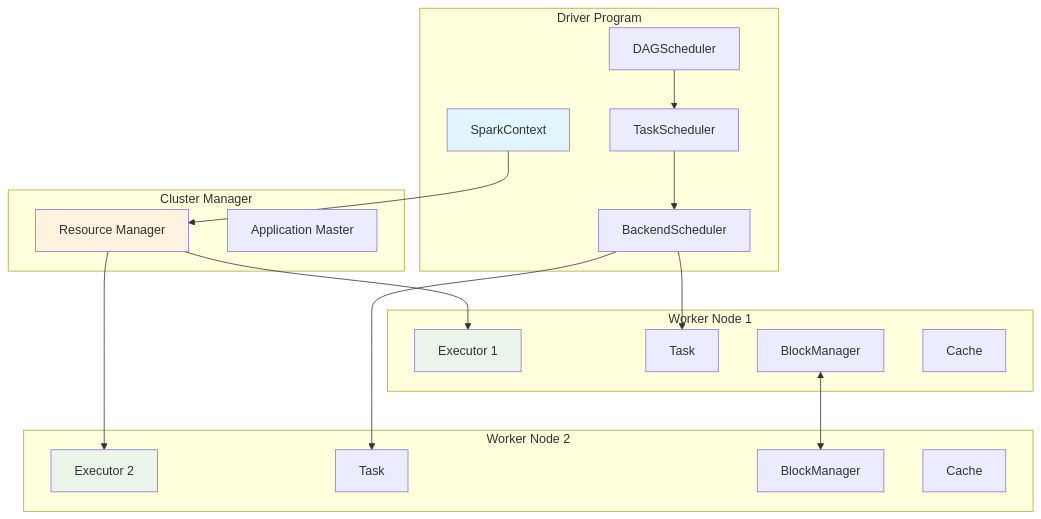
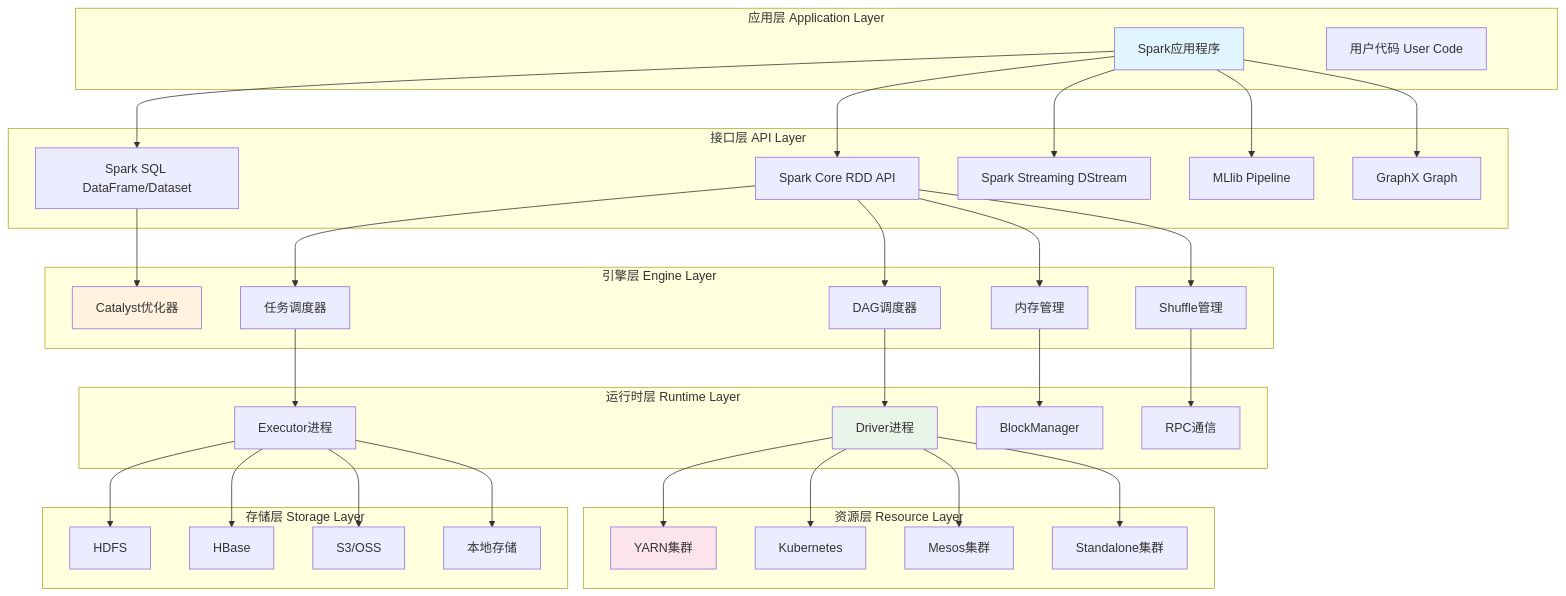
Before and after one commit to ralph-wren/TechStack-Handbook: the sixth of 45 diagrams in 12.spark.md, drawn with Mermaid. The commit also changed other lines of this file, not shown here.

First line of the commit message:
docs(12.spark.md): 重构Spark文档结构，扩充核心内容与章节

````diff
--- a/12.spark.md
+++ b/12.spark.md
@@ -922,42 +652,76 @@
 ```mermaid
 graph TB
-    subgraph "Driver Program"
-        A[SparkContext]
-        A1[DAGScheduler]
-        A2[TaskScheduler]
-        A3[BackendScheduler]
+    subgraph "应用层 Application Layer"
+        A1[Spark应用程序]
+        A2[用户代码 User Code]
     end
     
-    subgraph "Cluster Manager"
-        B[Resource Manager]
-        B1[Application Master]
+    subgraph "接口层 API Layer"
+        B1[Spark Core RDD API]
+        B2[Spark SQL DataFrame/Dataset]
+        B3[Spark Streaming DStream]
+        B4[MLlib Pipeline]
+        B5[GraphX Graph]
     end
     
-    subgraph "Worker Node 1"
-        C[Executor 1]
-        C1[Task]
-        C2[BlockManager]
-        C3[Cache]
+    subgraph "引擎层 Engine Layer"
+        C1[Catalyst优化器]
+        C2[DAG调度器]
+        C3[任务调度器]
+        C4[内存管理]
+        C5[Shuffle管理]
     end
     
-    subgraph "Worker Node 2"
-        D[Executor 2]
-        D1[Task]
-        D2[BlockManager] 
-        D3[Cache]
+    subgraph "运行时层 Runtime Layer"
+        D1[Driver进程]
+        D2[Executor进程]
+        D3[BlockManager]
+        D4[RPC通信]
     end
     
-    A --> B
-    B --> C
-    B --> D
-    A1 --> A2
-    A2 --> A3
-    A3 --> C1
-    A3 --> D1
-    C2 <--> D2
+    subgraph "资源层 Resource Layer"
+        E1[YARN集群]
+        E2[Kubernetes]
+        E3[Mesos集群]
+        E4[Standalone集群]
+    end
     
-    style A fill:#e1f5fe
-    style B fill:#fff3e0
-    style C fill:#e8f5e8
-    style D fill:#e8f5e8
+    subgraph "存储层 Storage Layer"
+        F1[HDFS]
+        F2[HBase]
+        F3[S3/OSS]
+        F4[本地存储]
+    end
+    
+    A1 --> B1
+    A1 --> B2
+    A1 --> B3
+    A1 --> B4
+    A1 --> B5
+    
+    B2 --> C1
+    B1 --> C2
+    B1 --> C3
+    B1 --> C4
+    B1 --> C5
+    
+    C2 --> D1
+    C3 --> D2
+    C4 --> D3
+    C5 --> D4
+    
+    D1 --> E1
+    D1 --> E2
+    D1 --> E3
+    D1 --> E4
+    
+    D2 --> F1
+    D2 --> F2
+    D2 --> F3
+    D2 --> F4
+    
+    style A1 fill:#e1f5fe
+    style C1 fill:#fff3e0
+    style D1 fill:#e8f5e8
+    style E1 fill:#fce4ec
 ```
````
